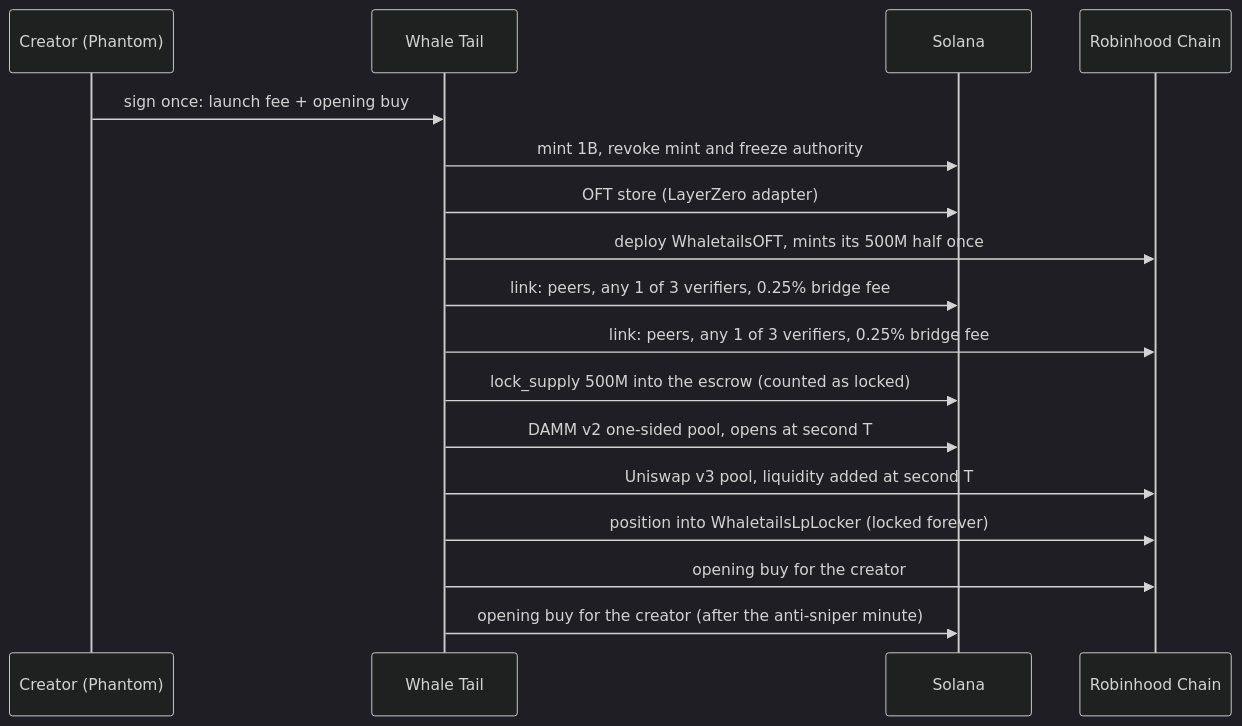
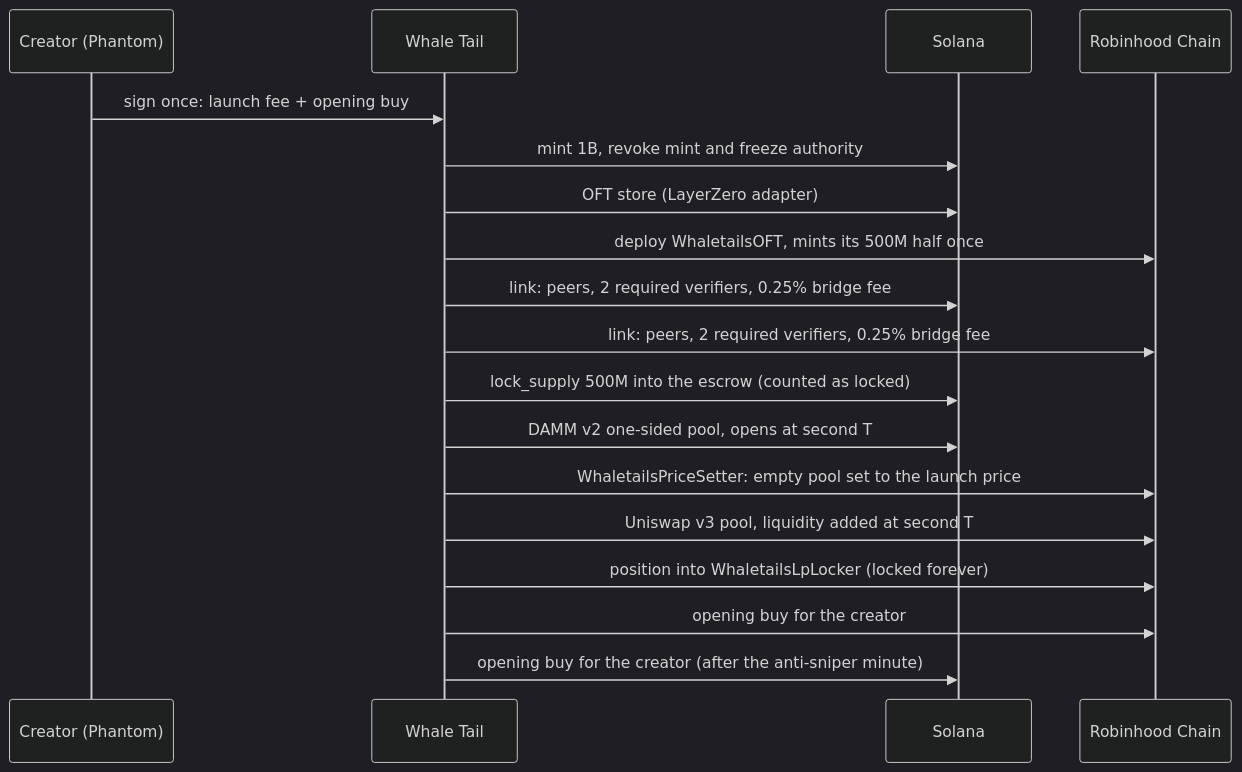
Before and after one commit to Seniuscrypto/whaletails: the diagram in README.md, drawn with Mermaid (dark theme). The commit also changed other lines of this file and 1 other file, not shown here.

Commit message:
README: current launchpad (curve styles, Telegram launching, creator earnings, share cards, 2 required verifiers, price setter, pre-checks), pairings in testing; add WhaletailsPriceSetter.sol

````diff
--- a/README.md
+++ b/README.md
@@ -36,19 +51,20 @@
 ```mermaid
 sequenceDiagram
     participant C as Creator (Phantom)
     participant W as Whale Tail
     participant S as Solana
     participant R as Robinhood Chain
     C->>W: sign once: launch fee + opening buy
     W->>S: mint 1B, revoke mint and freeze authority
     W->>S: OFT store (LayerZero adapter)
     W->>R: deploy WhaletailsOFT, mints its 500M half once
-    W->>S: link: peers, any 1 of 3 verifiers, 0.25% bridge fee
-    W->>R: link: peers, any 1 of 3 verifiers, 0.25% bridge fee
+    W->>S: link: peers, 2 required verifiers, 0.25% bridge fee
+    W->>R: link: peers, 2 required verifiers, 0.25% bridge fee
     W->>S: lock_supply 500M into the escrow (counted as locked)
     W->>S: DAMM v2 one-sided pool, opens at second T
+    W->>R: WhaletailsPriceSetter: empty pool set to the launch price
     W->>R: Uniswap v3 pool, liquidity added at second T
     W->>R: position into WhaletailsLpLocker (locked forever)
     W->>R: opening buy for the creator
     W->>S: opening buy for the creator (after the anti-sniper minute)
 ```
````
